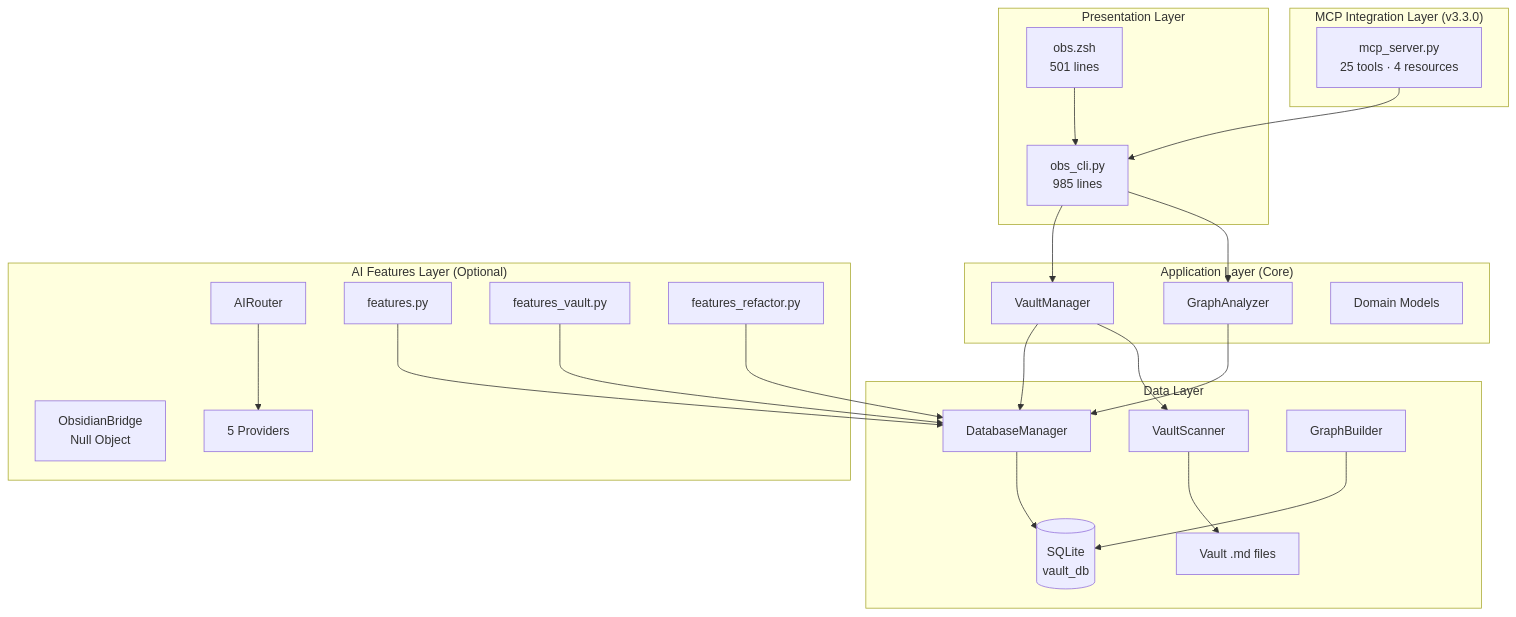
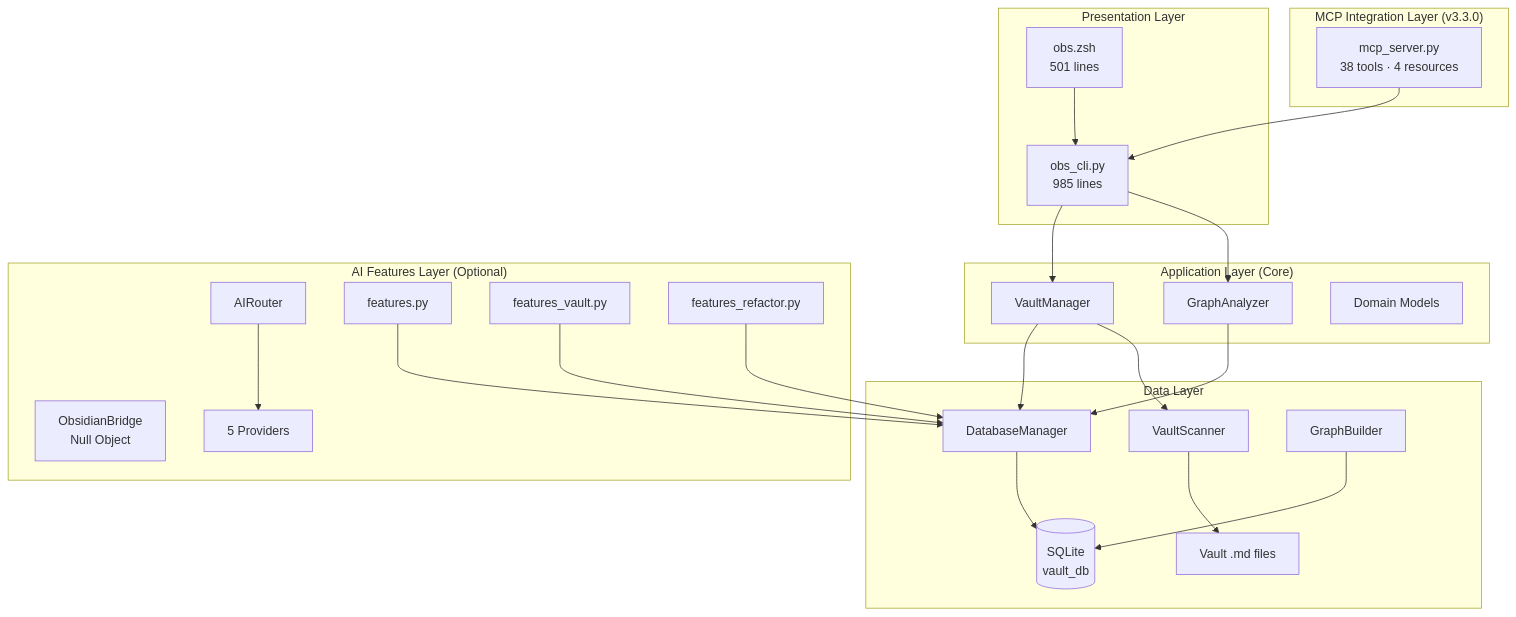
The first of 9 diagrams in docs_mkdocs/developer/architecture.md (Data-Wise/obsidian-cli-ops), drawn with Mermaid before and after one commit. The commit also changed other lines of this file and 12 other files, not shown here.

First line of the commit message:
docs(mcp): correct MCP tool count 25 -> 38 + document research tools

````diff
--- a/docs_mkdocs/developer/architecture.md
+++ b/docs_mkdocs/developer/architecture.md
@@ -11,49 +11,49 @@
 ```mermaid
 flowchart TD
     subgraph Presentation["Presentation Layer"]
         Z[obs.zsh\n501 lines]
         P[obs_cli.py\n985 lines]
     end
 
     subgraph MCP["MCP Integration Layer (v3.3.0)"]
-        M[mcp_server.py\n25 tools · 4 resources]
+        M[mcp_server.py\n38 tools · 4 resources]
     end
 
     subgraph Core["Application Layer (Core)"]
         VM[VaultManager]
         GA[GraphAnalyzer]
         DM[Domain Models]
     end
 
     subgraph AI["AI Features Layer (Optional)"]
         AR[AIRouter]
         FT[features.py]
         FV[features_vault.py]
         FR[features_refactor.py]
         OB[ObsidianBridge\nNull Object]
         PR[5 Providers]
     end
 
     subgraph Data["Data Layer"]
         DB[DatabaseManager]
         VS[VaultScanner]
         GB[GraphBuilder]
         SQ[(SQLite\nvault_db)]
         FS[Vault .md files]
     end
 
     Z --> P
     P --> VM
     P --> GA
     M --> P
     VM --> DB
     GA --> DB
     VM --> VS
     VS --> FS
     FT --> DB
     FV --> DB
     FR --> DB
     AR --> PR
     DB --> SQ
     GB --> SQ
 ```
````
